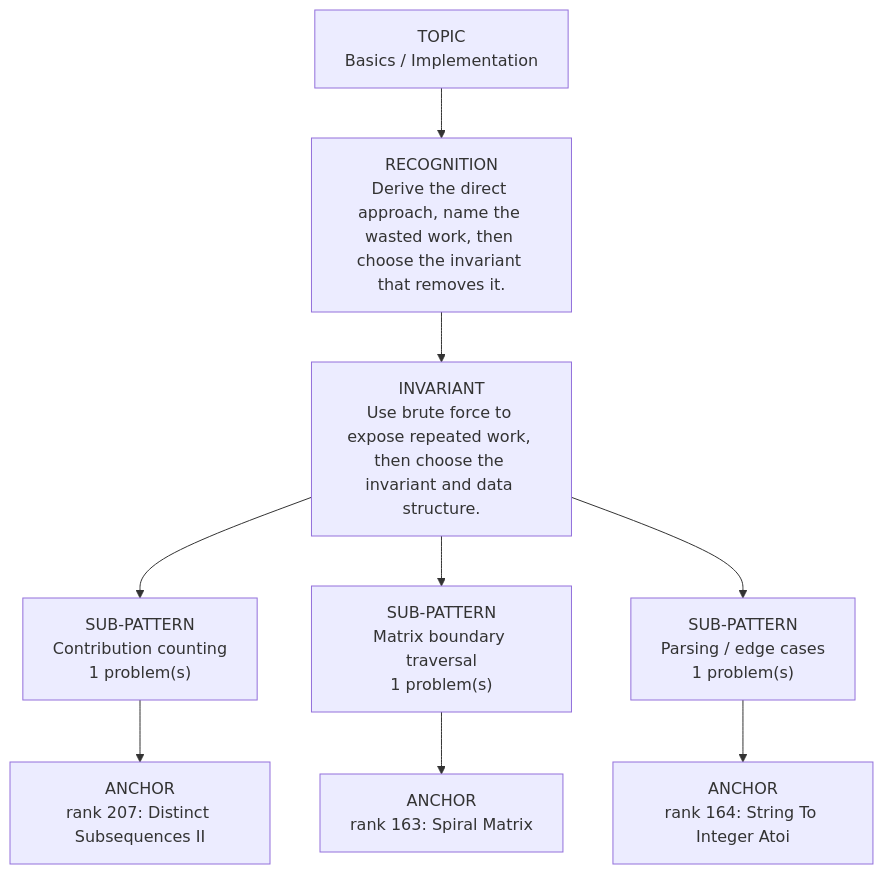
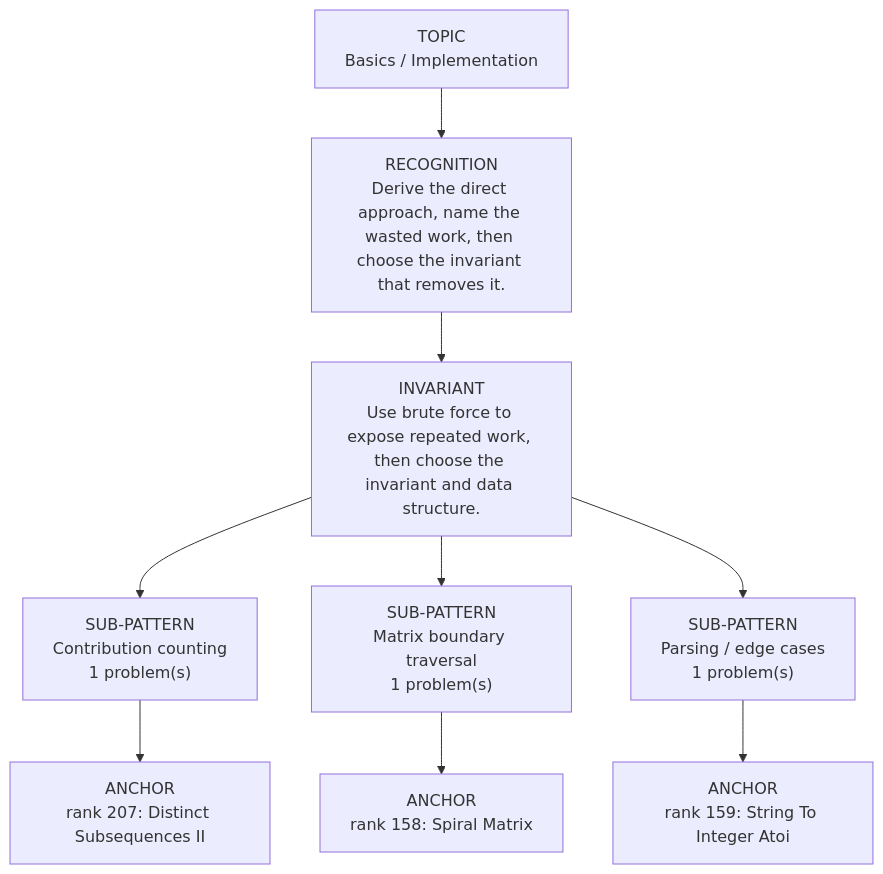
Before and after one commit to thechiranjeevjain/DSA10days: the diagram in dsa-review/interview/patterns/20_core_basics.md, drawn with Mermaid. The commit also changed other lines of this file and 28 other files, not shown here.

````diff
--- a/dsa-review/interview/patterns/20_core_basics.md
+++ b/dsa-review/interview/patterns/20_core_basics.md
@@ -15,13 +15,13 @@
 ```mermaid
 flowchart TD
   Topic["TOPIC<br/>Basics / Implementation"]
   Recognition["RECOGNITION<br/>Derive the direct approach, name the wasted work, then choose the invariant that removes it."]
   Invariant["INVARIANT<br/>Use brute force to expose repeated work, then choose the invariant and data structure."]
   Topic --> Recognition --> Invariant
   Invariant --> Sub01["SUB-PATTERN<br/>Contribution counting<br/>1 problem(s)"]
   Sub01 --> Sub01A01["ANCHOR<br/>rank 207: Distinct Subsequences II"]
   Invariant --> Sub02["SUB-PATTERN<br/>Matrix boundary traversal<br/>1 problem(s)"]
-  Sub02 --> Sub02A01["ANCHOR<br/>rank 163: Spiral Matrix"]
+  Sub02 --> Sub02A01["ANCHOR<br/>rank 158: Spiral Matrix"]
   Invariant --> Sub03["SUB-PATTERN<br/>Parsing / edge cases<br/>1 problem(s)"]
-  Sub03 --> Sub03A01["ANCHOR<br/>rank 164: String To Integer Atoi"]
+  Sub03 --> Sub03A01["ANCHOR<br/>rank 159: String To Integer Atoi"]
 ```
````
